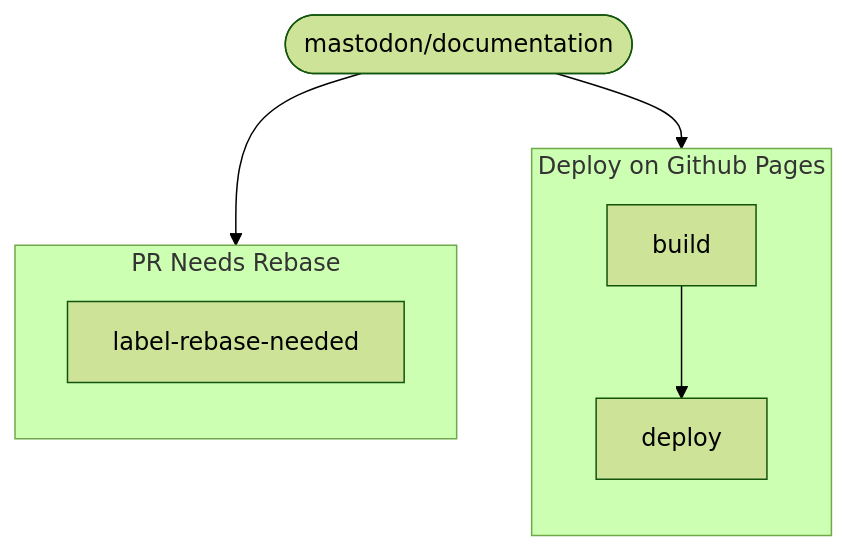
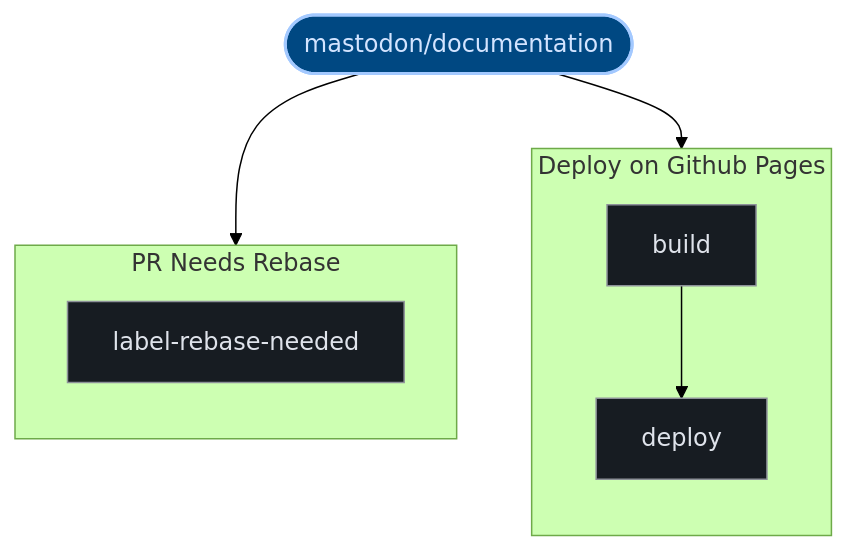
One commit to kumarshaz/atruss-code-atlas changed the second of 2 diagrams in exports/latest/reports/mastodon-documentation-report.md. Above: the diagram before and after it, drawn with Mermaid (forest theme). The commit also changed other lines of this file and 331 other files, not shown here.

Commit message:
docs,ui,fix: update SDLC docs, reorder CI/CD DAG first, stylize Mermaid, and fix Arc42 pipeline topology

````diff
--- a/exports/latest/reports/mastodon-documentation-report.md
+++ b/exports/latest/reports/mastodon-documentation-report.md
@@ -84,16 +88,23 @@
 ```mermaid
 graph TD;
-  pipeline_root(["mastodon/documentation"])
+  classDef atlasRoot fill:#004882,stroke:#a3c9ff,stroke-width:2px,color:#d3e4ff
+  classDef atlasCategory fill:#212428,stroke:#E87A48,stroke-width:1.5px,color:#dfe3eb
+  classDef atlasWorkflow fill:#1b2026,stroke:#a3c9ff,stroke-width:1.5px,color:#dfe3eb
+  classDef atlasJob fill:#171c22,stroke:#8d9199,stroke-width:1px,color:#dfe3eb
+  classDef atlasTarget fill:#005227,stroke:#8bd99b,stroke-width:1.5px,color:#a7f6b6
+  classDef atlasAlert fill:#93000a,stroke:#ffb4ab,stroke-width:1.5px,color:#ffdad6
+  classDef atlasMore fill:#252a31,stroke:#8d9199,stroke-dasharray:4 4,color:#c3c6cf
+  pipeline_root(["mastodon/documentation"]):::atlasRoot
   subgraph Deploy_on_Github_Pages_0["Deploy on Github Pages"]
     direction TB
-    0_build["build"]
-    0_deploy["deploy"]
+    0_build["build"]:::atlasJob
+    0_deploy["deploy"]:::atlasJob
     0_build --> 0_deploy
   end
   pipeline_root --> 0_build
   subgraph PR_Needs_Rebase_1["PR Needs Rebase"]
     direction TB
-    1_label_rebase_needed["label-rebase-needed"]
+    1_label_rebase_needed["label-rebase-needed"]:::atlasJob
   end
   pipeline_root --> 1_label_rebase_needed
 ```
````
